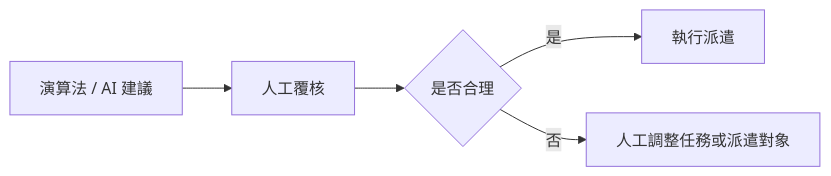
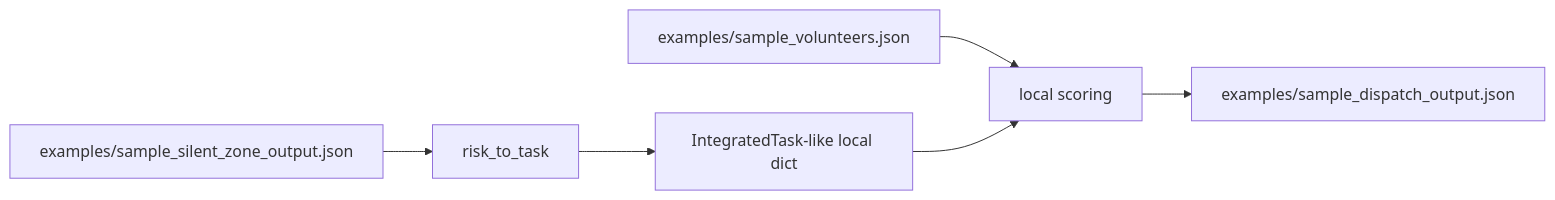
Before and after one commit to cloud-driver/disaster-resilience-components: the fourth of 6 diagrams in docs/diagrams.md, drawn with Mermaid. The commit also changed other lines of this file and 32 other files, not shown here.

````diff
--- a/docs/diagrams.md
+++ b/docs/diagrams.md
@@ -46,7 +57,8 @@
 ```mermaid
 flowchart LR
-    A[演算法 / AI 建議] --> B[人工覆核]
-    B --> C{是否合理}
-    C -->|是| D[執行派遣]
-    C -->|否| E[人工調整任務或派遣對象]
+  A[examples/sample_silent_zone_output.json] --> B[risk_to_task]
+  B --> C[IntegratedTask-like local dict]
+  D[examples/sample_volunteers.json] --> E[local scoring]
+  C --> E
+  E --> F[examples/sample_dispatch_output.json]
 ```
````
